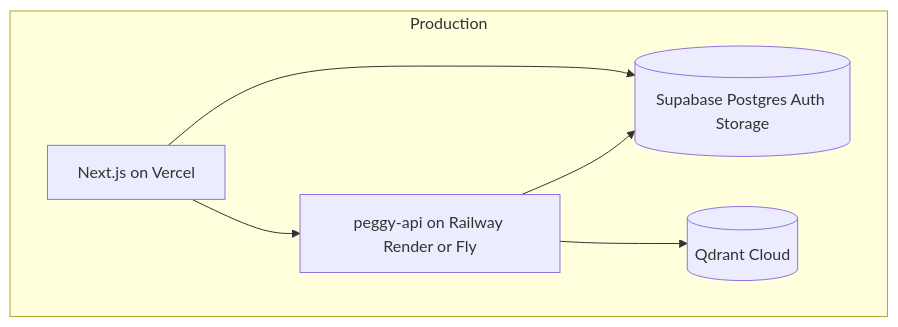
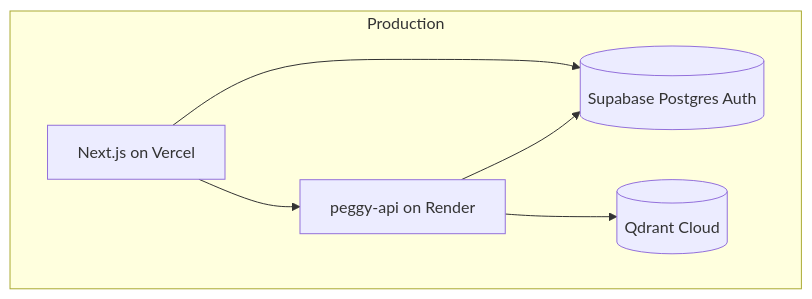
The diagram in docs/SCALE.md (CarlienRust/steve-peggy), drawn with Mermaid before and after one commit. The commit also changed other lines of this file and 63 other files, not shown here.

First line of the commit message:
Add Supabase auth, Postgres catalog, and Render deploy support.

````diff
--- a/docs/SCALE.md
+++ b/docs/SCALE.md
@@ -8,13 +54,13 @@
 ```mermaid
 flowchart TB
   subgraph prod [Production]
     Vercel[Next.js on Vercel]
-    Supa[(Supabase Postgres Auth Storage)]
+    Supa[(Supabase Postgres Auth)]
     QdrantCloud[(Qdrant Cloud)]
-    APIHost[peggy-api on Railway Render or Fly]
+    APIHost[peggy-api on Render]
   end
   Vercel --> Supa
   Vercel --> APIHost
   APIHost --> Supa
   APIHost --> QdrantCloud
 ```
````
